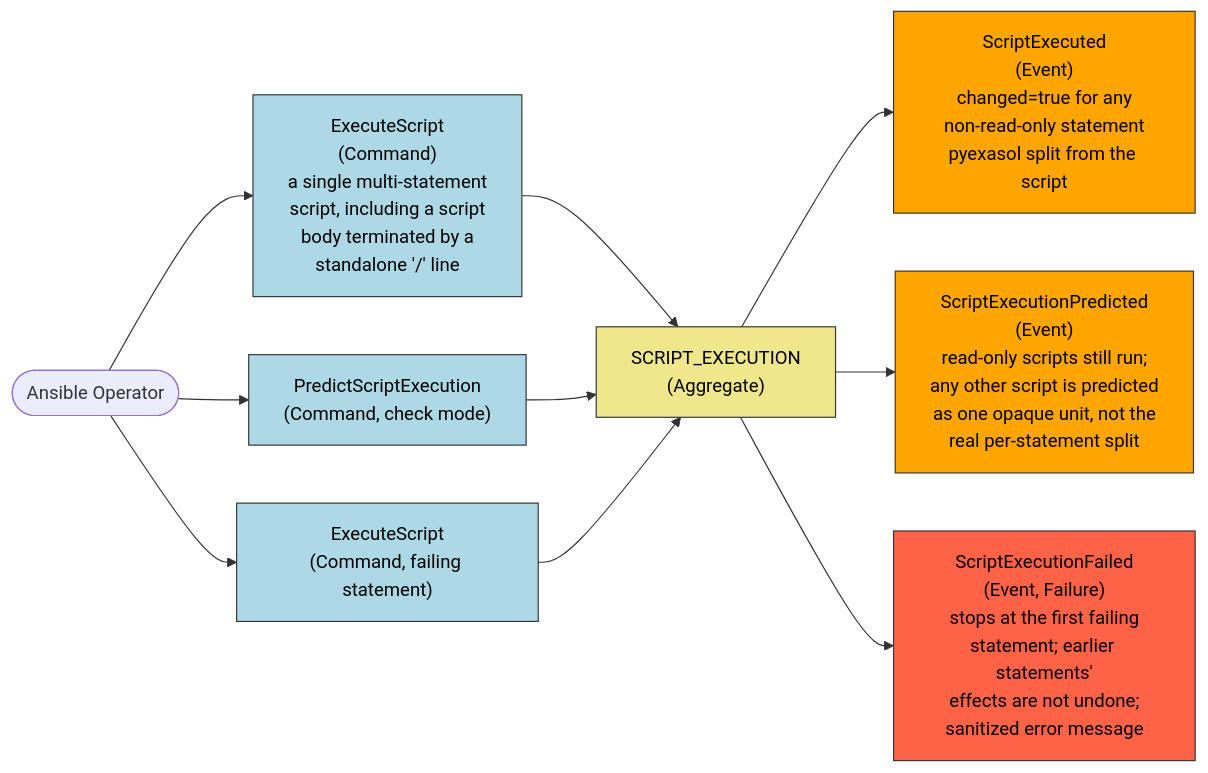
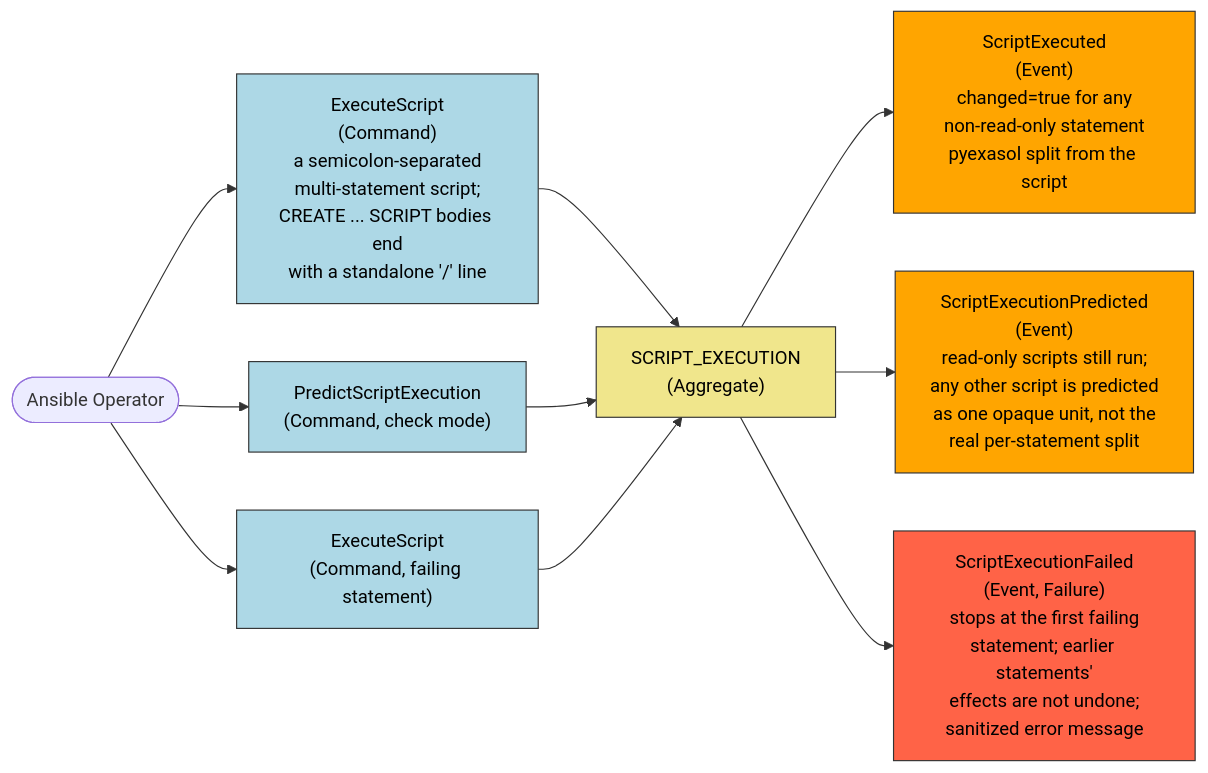
The fifth of 9 diagrams in doc/design/domain/use_cases.md (exasol/ansible-collection), drawn with Mermaid before and after one commit. The commit also changed other lines of this file and 3 other files, not shown here.

````diff
--- a/doc/design/domain/use_cases.md
+++ b/doc/design/domain/use_cases.md
@@ -159,27 +200,27 @@
 ```mermaid
 flowchart LR
     operator(["Ansible Operator"])
-    AGG["SCRIPT_EXECUTION\n(Aggregate)"]:::aggregate
+    AGG["SCRIPT_EXECUTION<br/>(Aggregate)"]:::aggregate
 
-    CMD_Execute["ExecuteScript\n(Command)\na single multi-statement\nscript, including a script\nbody terminated by a\nstandalone '/' line"]:::command
-    EVT_Executed["ScriptExecuted\n(Event)\nchanged=true for any\nnon-read-only statement\npyexasol split from the script"]:::event
+    CMD_Execute["ExecuteScript<br/>(Command)<br/>a semicolon-separated<br/>multi-statement script;<br/>CREATE ... SCRIPT bodies end<br/>with a standalone '/' line"]:::command
+    EVT_Executed["ScriptExecuted<br/>(Event)<br/>changed=true for any<br/>non-read-only statement<br/>pyexasol split from the script"]:::event
 
-    CMD_Predict["PredictScriptExecution\n(Command, check mode)"]:::command
-    EVT_Predicted["ScriptExecutionPredicted\n(Event)\nread-only scripts still run;\nany other script is predicted\nas one opaque unit, not the\nreal per-statement split"]:::event
+    CMD_Predict["PredictScriptExecution<br/>(Command, check mode)"]:::command
+    EVT_Predicted["ScriptExecutionPredicted<br/>(Event)<br/>read-only scripts still run;<br/>any other script is predicted<br/>as one opaque unit, not the<br/>real per-statement split"]:::event
 
-    CMD_Failing["ExecuteScript\n(Command, failing statement)"]:::command
-    EVT_Failed["ScriptExecutionFailed\n(Event, Failure)\nstops at the first failing\nstatement; earlier statements'\neffects are not undone;\nsanitized error message"]:::failure
+    CMD_Failing["ExecuteScript<br/>(Command, failing statement)"]:::command
+    EVT_Failed["ScriptExecutionFailed<br/>(Event, Failure)<br/>stops at the first failing<br/>statement; earlier statements'<br/>effects are not undone;<br/>sanitized error message"]:::failure
 
     operator --> CMD_Execute
     operator --> CMD_Predict
     operator --> CMD_Failing
 
     CMD_Execute --> AGG --> EVT_Executed
     CMD_Predict --> AGG --> EVT_Predicted
     CMD_Failing --> AGG --> EVT_Failed
 
     classDef command fill:#ADD8E6,stroke:#333,color:#000
     classDef aggregate fill:#F0E68C,stroke:#333,color:#000
     classDef event fill:#FFA500,stroke:#333,color:#000
     classDef failure fill:#FF6347,stroke:#333,color:#000
 ```
````
